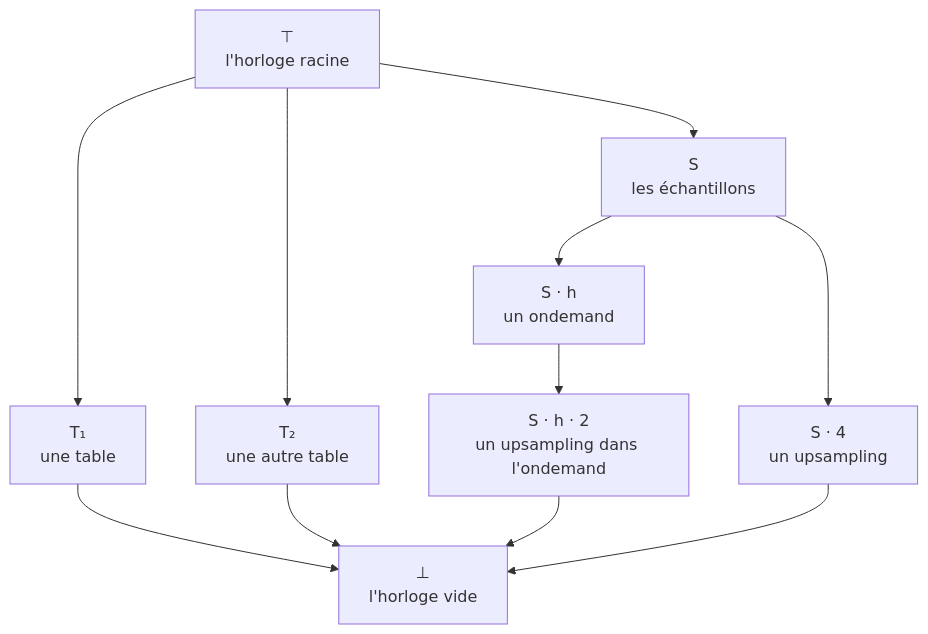
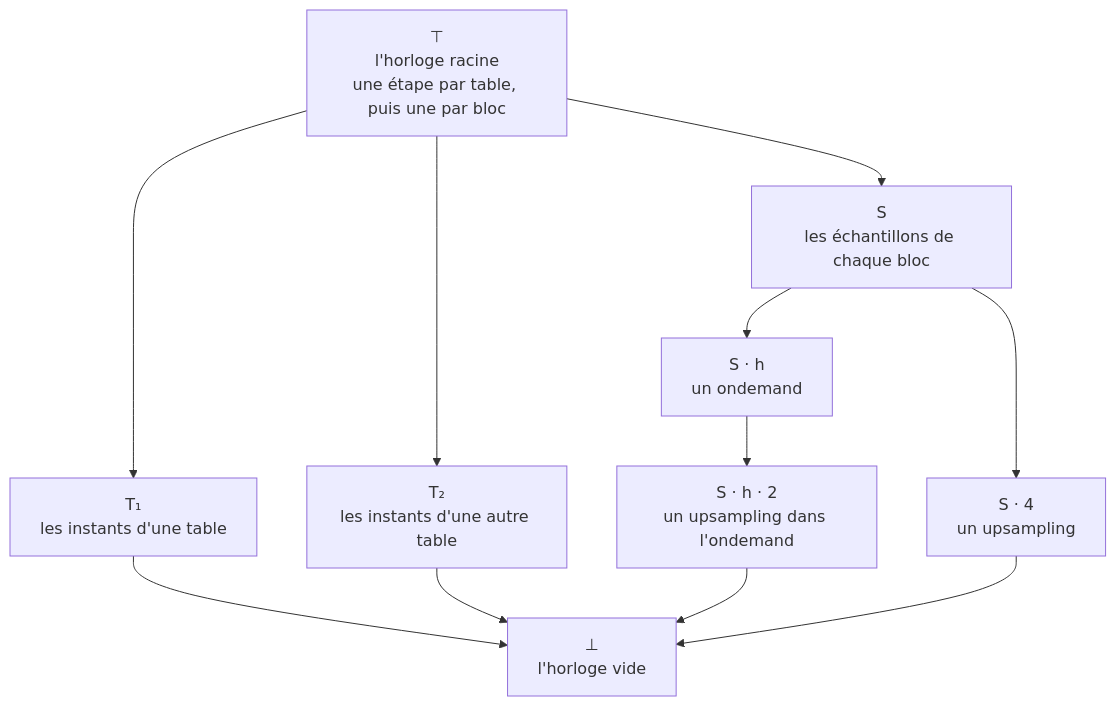
Before and after one commit to orlarey/faust-ondemand-spec: the diagram in clocks.md, drawn with Mermaid. The commit also changed other lines of this file, not shown here.

Commit message:
Clock calculus, draft v40: the lattice drawing shows where the blocks are, as instants of the root clock
Claude-Session: https://claude.ai/code/session_018NSMNn8SBtSrVhCj29zinY

````diff
--- a/clocks.md
+++ b/clocks.md
@@ -205,21 +205,21 @@
 ```mermaid "Le treillis des horloges d'un programme" \label{fig:treillis}
 flowchart TD
-  R["⊤<br>l'horloge racine"]
-  T1["T₁<br>une table"]
-  T2["T₂<br>une autre table"]
-  S["S<br>les échantillons"]
+  R["⊤<br>l'horloge racine<br>une étape par table, puis une par bloc"]
+  T1["T₁<br>les instants d'une table"]
+  T2["T₂<br>les instants d'une autre table"]
+  S["S<br>les échantillons de chaque bloc"]
   A["S · h<br>un ondemand"]
   B["S · 4<br>un upsampling"]
   C["S · h · 2<br>un upsampling dans l'ondemand"]
   X["⊥<br>l'horloge vide"]
   R --> T1
   R --> T2
   R --> S
   S --> A
   S --> B
   A --> C
   T1 --> X
   T2 --> X
   C --> X
   B --> X
 ```
````
